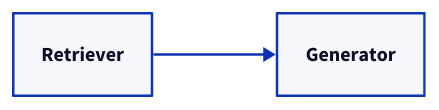
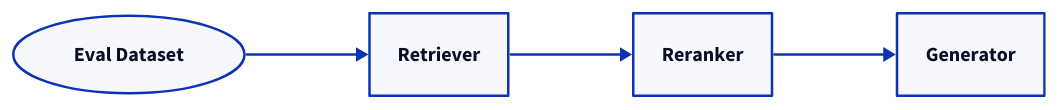
Before and after one commit to relari-ai/continuous-eval: the diagram in docs/src/content/docs/pipeline/eval_and_tests.md, drawn with D2. The commit also changed other lines of this file and 9 other files, not shown here.

````diff
--- a/docs/src/content/docs/pipeline/eval_and_tests.md
+++ b/docs/src/content/docs/pipeline/eval_and_tests.md
@@ -41,4 +43,7 @@
 ```d2
 direction: right
-Retriever -> Generator
+Dataset: Eval Dataset
+Dataset.shape: oval
+Dataset -> Retriever
+Retriever -> Reranker -> Generator
 ```
````
